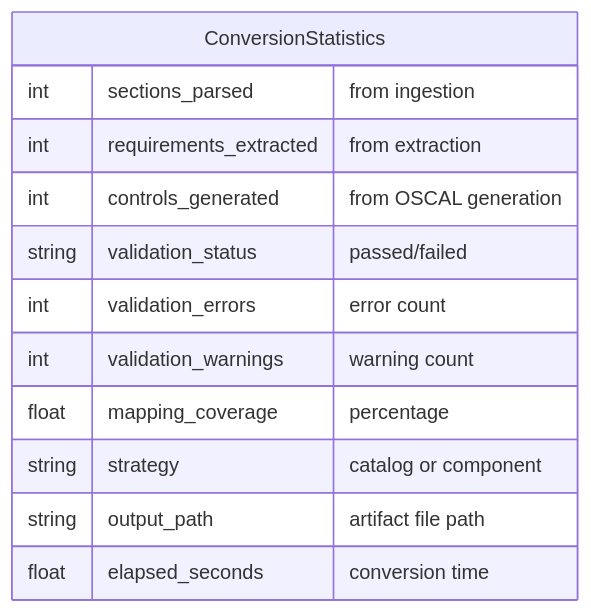
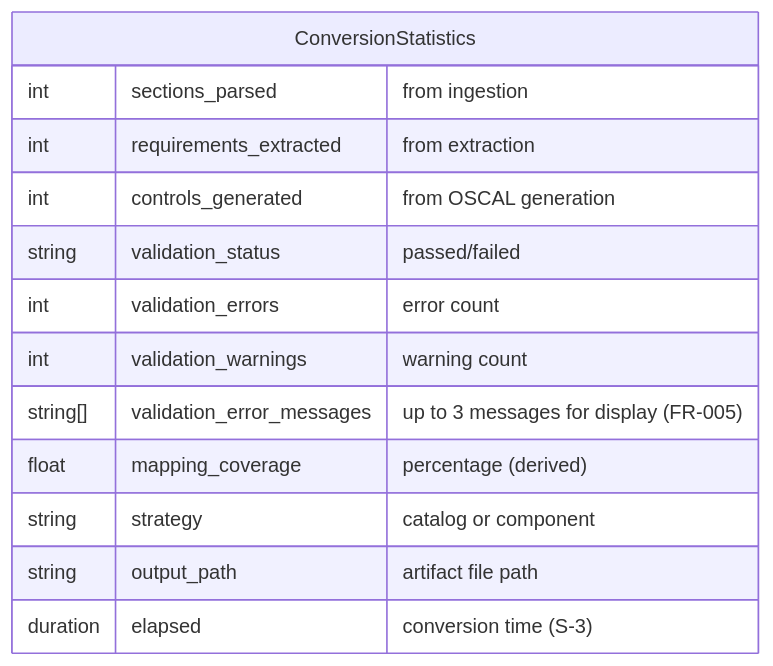
Before and after one commit to policy-forge/forge: the second of 3 diagrams in docs/PRD/044-prd-summary-dashboard.md, drawn with Mermaid. The commit also changed other lines of this file and 21 other files, not shown here.

````diff
--- a/docs/PRD/044-prd-summary-dashboard.md
+++ b/docs/PRD/044-prd-summary-dashboard.md
@@ -231,15 +231,16 @@
 ```mermaid
 erDiagram
     ConversionStatistics {
         int sections_parsed "from ingestion"
         int requirements_extracted "from extraction"
         int controls_generated "from OSCAL generation"
         string validation_status "passed/failed"
         int validation_errors "error count"
         int validation_warnings "warning count"
-        float mapping_coverage "percentage"
+        string[] validation_error_messages "up to 3 messages for display (FR-005)"
+        float mapping_coverage "percentage (derived)"
         string strategy "catalog or component"
         string output_path "artifact file path"
-        float elapsed_seconds "conversion time"
+        duration elapsed "conversion time (S-3)"
     }
 ```
````
